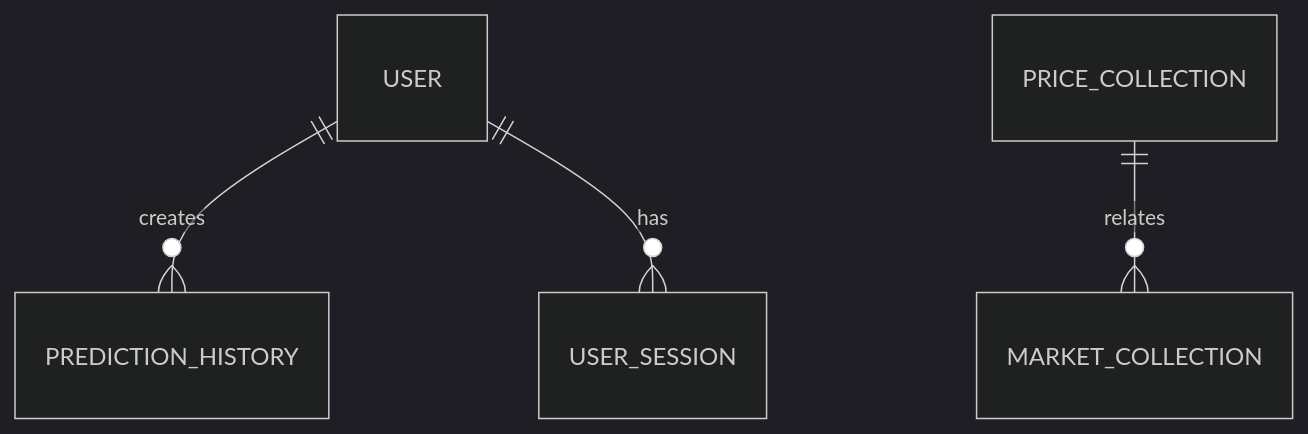
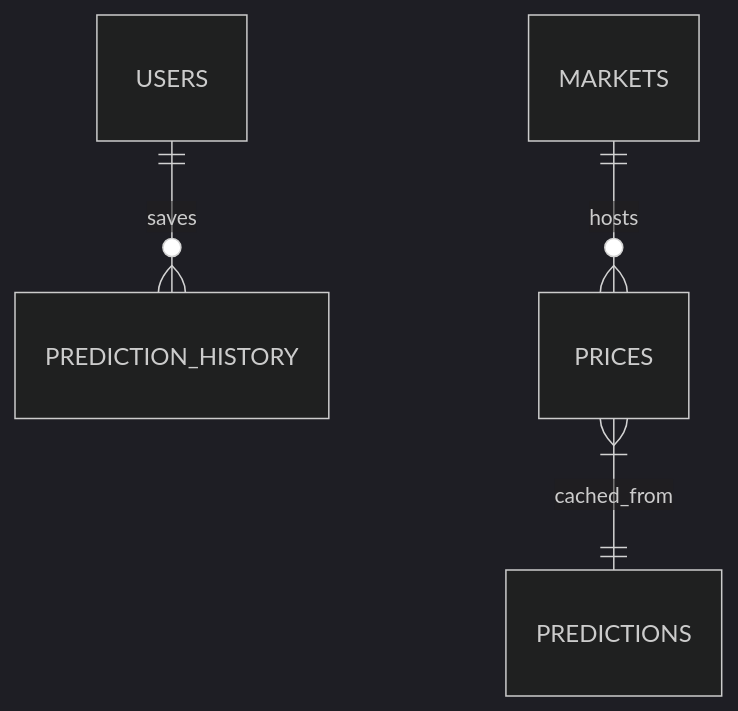
One commit to nikhileswark12/AgroPulse changed the third of 4 diagrams in PROJECT_DOCUMENTATION.md. Above: the diagram before and after it, drawn with Mermaid (dark theme). The commit also changed other lines of this file, not shown here.

````diff
--- a/PROJECT_DOCUMENTATION.md
+++ b/PROJECT_DOCUMENTATION.md
@@ -566,6 +729,6 @@
 ```mermaid
 erDiagram
-    USER ||--o{ PREDICTION_HISTORY : creates
-    USER ||--o{ USER_SESSION : has
-    PRICE_COLLECTION ||--o{ MARKET_COLLECTION : relates
+    USERS ||--o{ PREDICTION_HISTORY : saves
+    MARKETS ||--o{ PRICES : hosts
+    PRICES }|--|| PREDICTIONS : cached_from
 ```
````
